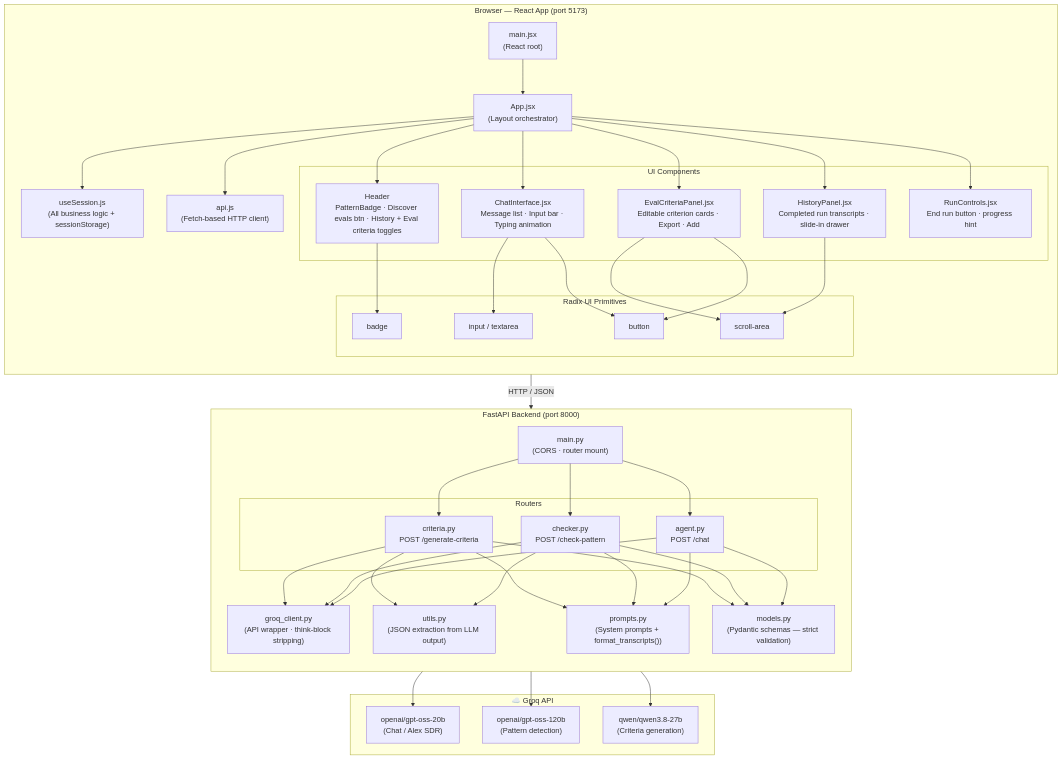
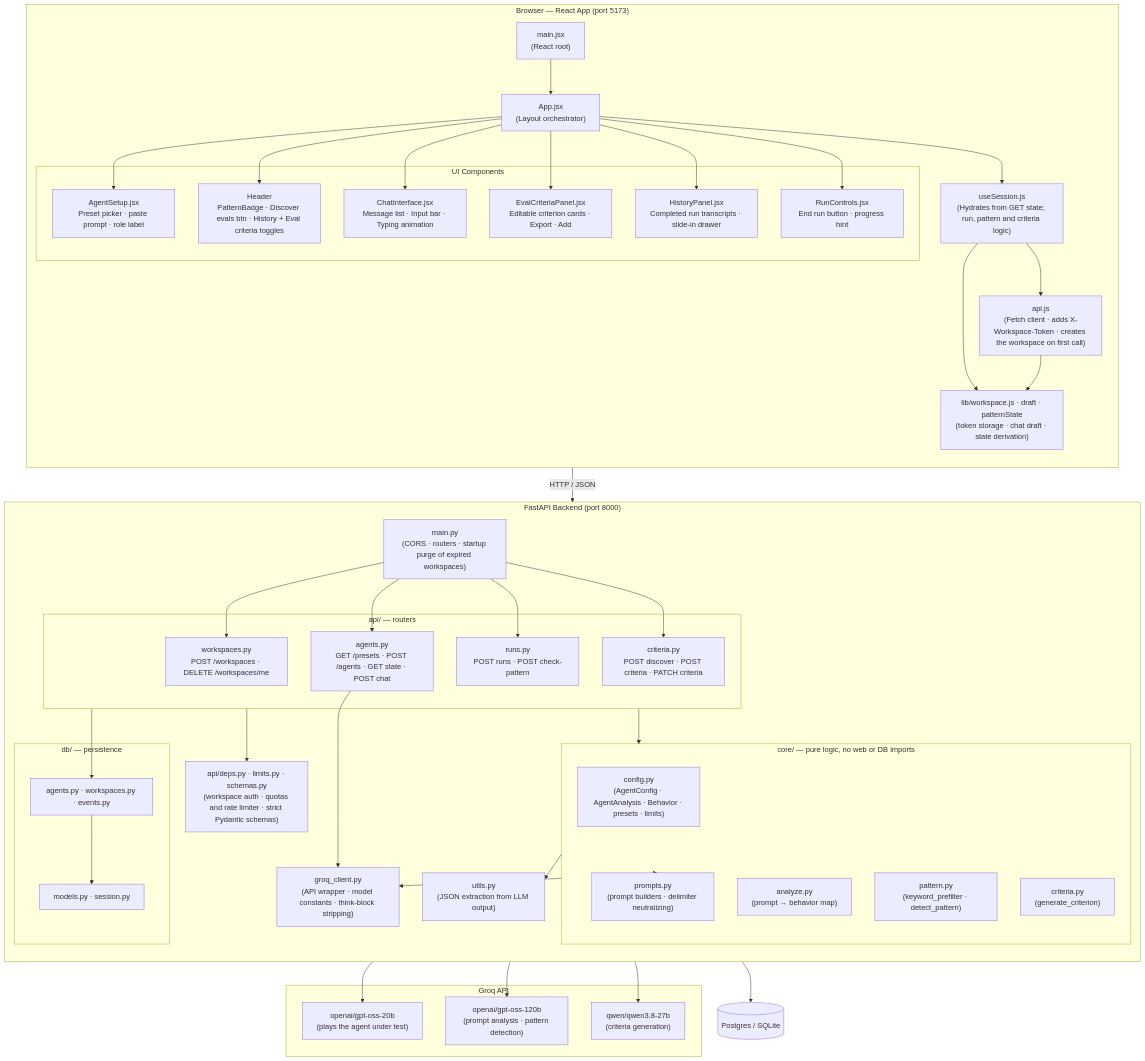
The third of 5 diagrams in docs/ARCHITECTURE.md (harikrshm/Eval-Discovery), drawn with Mermaid before and after one commit. The commit also changed other lines of this file and 1 other file, not shown here.

First line of the commit message:
docs: persisted agent-ready architecture, README and deploy notes

````diff
--- a/docs/ARCHITECTURE.md
+++ b/docs/ARCHITECTURE.md
@@ -136,10 +135,12 @@
         direction TB
         Main["main.jsx<br/>(React root)"]
         App["App.jsx<br/>(Layout orchestrator)"]
-        Hook["useSession.js<br/>(All business logic + sessionStorage)"]
-        ApiClient["api.js<br/>(Fetch-based HTTP client)"]
+        Hook["useSession.js<br/>(Hydrates from GET state; run, pattern and criteria logic)"]
+        ApiClient["api.js<br/>(Fetch client · adds X-Workspace-Token · creates the workspace on first call)"]
+        Lib["lib/workspace.js · draft · patternState<br/>(token storage · chat draft · state derivation)"]
 
         subgraph Components["UI Components"]
+            Setup["AgentSetup.jsx<br/>Preset picker · paste prompt · role label"]
             Header["Header<br/>PatternBadge · Discover evals btn · History + Eval criteria toggles"]
             Chat["ChatInterface.jsx<br/>Message list · Input bar · Typing animation"]
             Eval["EvalCriteriaPanel.jsx<br/>Editable criterion cards · Export · Add"]
@@ -147,68 +148,73 @@
             Controls["RunControls.jsx<br/>End run button · progress hint"]
         end
 
-        subgraph RadixUI["Radix UI Primitives"]
-            UIButton["button"]
-            UIInput["input / textarea"]
-            UIBadge["badge"]
-            UIScroll["scroll-area"]
-        end
-
         Main --> App
         App --> Hook
-        App --> ApiClient
+        Hook --> ApiClient
+        Hook --> Lib
+        ApiClient --> Lib
+        App --> Setup
         App --> Header
         App --> Chat
         App --> Eval
         App --> History
         App --> Controls
-        Header --> UIBadge
-        Chat --> UIInput
-        Chat --> UIButton
-        Eval --> UIScroll
-        Eval --> UIButton
-        History --> UIScroll
     end
 
     subgraph BackendAPI["FastAPI Backend (port 8000)"]
         direction TB
-        FastAPI["main.py<br/>(CORS · router mount)"]
+        FastAPI["main.py<br/>(CORS · routers · startup purge of expired workspaces)"]
 
-        subgraph Routers["Routers"]
-            AgentRouter["agent.py<br/>POST /chat"]
-            CheckerRouter["checker.py<br/>POST /check-pattern"]
-            CriteriaRouter["criteria.py<br/>POST /generate-criteria"]
+        subgraph Routers["api/ — routers"]
+            WsRouter["workspaces.py<br/>POST /workspaces · DELETE /workspaces/me"]
+            AgentRouter["agents.py<br/>GET /presets · POST /agents · GET state · POST chat"]
+            RunRouter["runs.py<br/>POST runs · POST check-pattern"]
+            CriteriaRouter["criteria.py<br/>POST discover · POST criteria · PATCH criteria"]
         end
 
-        Models["models.py<br/>(Pydantic schemas — strict validation)"]
-        Prompts["prompts.py<br/>(System prompts + format_transcripts())"]
-        GroqClient["groq_client.py<br/>(API wrapper · think-block stripping)"]
+        ApiSupport["api/deps.py · limits.py · schemas.py<br/>(workspace auth · quotas and rate limiter · strict Pydantic schemas)"]
+
+        subgraph Core["core/ — pure logic, no web or DB imports"]
+            Config["config.py<br/>(AgentConfig · AgentAnalysis · Behavior · presets · limits)"]
+            Analyze["analyze.py<br/>(prompt → behavior map)"]
+            Pattern["pattern.py<br/>(keyword_prefilter · detect_pattern)"]
+            Criteria["criteria.py<br/>(generate_criterion)"]
+            Prompts["prompts.py<br/>(prompt builders · delimiter neutralizing)"]
+        end
+
+        subgraph Db["db/ — persistence"]
+            DbModels["models.py · session.py"]
+            DbHelpers["agents.py · workspaces.py · events.py"]
+        end
+
+        GroqClient["groq_client.py<br/>(API wrapper · model constants · think-block stripping)"]
         Utils["utils.py<br/>(JSON extraction from LLM output)"]
 
+        FastAPI --> WsRouter
         FastAPI --> AgentRouter
-        FastAPI --> CheckerRouter
+        FastAPI --> RunRouter
         FastAPI --> CriteriaRouter
+        Routers --> ApiSupport
+        Routers --> Core
+        Routers --> DbHelpers
+        DbHelpers --> DbModels
+        Core --> Prompts
+        Core --> GroqClient
+        Core --> Utils
         AgentRouter --> GroqClient
-        CheckerRouter --> GroqClient
-        CheckerRouter --> Utils
-        CriteriaRouter --> GroqClient
-        CriteriaRouter --> Utils
-        AgentRouter --> Prompts
-        CheckerRouter --> Prompts
-        CriteriaRouter --> Prompts
-        AgentRouter --> Models
-        CheckerRouter --> Models
-        CriteriaRouter --> Models
     end
 
-    subgraph GroqAPI["☁️ Groq API"]
-        Llama["openai/gpt-oss-20b<br/>(Chat / Alex SDR)"]
-        GPT["openai/gpt-oss-120b<br/>(Pattern detection)"]
-        Qwen["qwen/qwen3.8-27b<br/>(Criteria generation)"]
+    subgraph GroqAPI["Groq API"]
+        Chat20["openai/gpt-oss-20b<br/>(plays the agent under test)"]
+        GPT["openai/gpt-oss-120b<br/>(prompt analysis · pattern detection)"]
+        Qwen["qwen/qwen3.8-27b<br/>(criteria generation)"]
     end
 
+    DB[("Postgres / SQLite")]
+
     ApiClient -->|"HTTP / JSON"| FastAPI
-    GroqClient --> Llama
+    DbModels --> DB
+    GroqClient --> Chat20
     GroqClient --> GPT
     GroqClient --> Qwen
 ```
````
